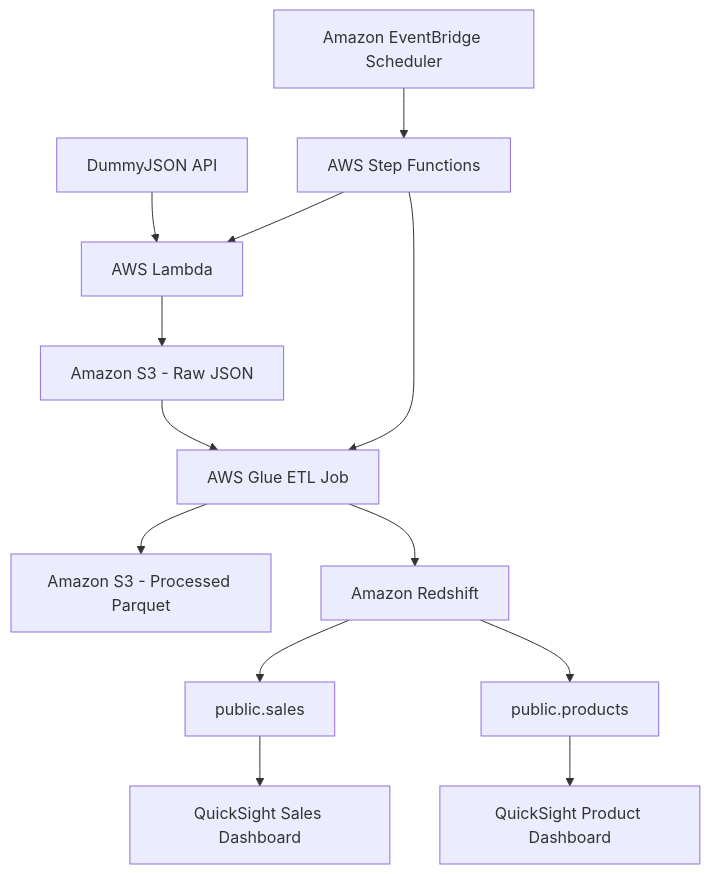
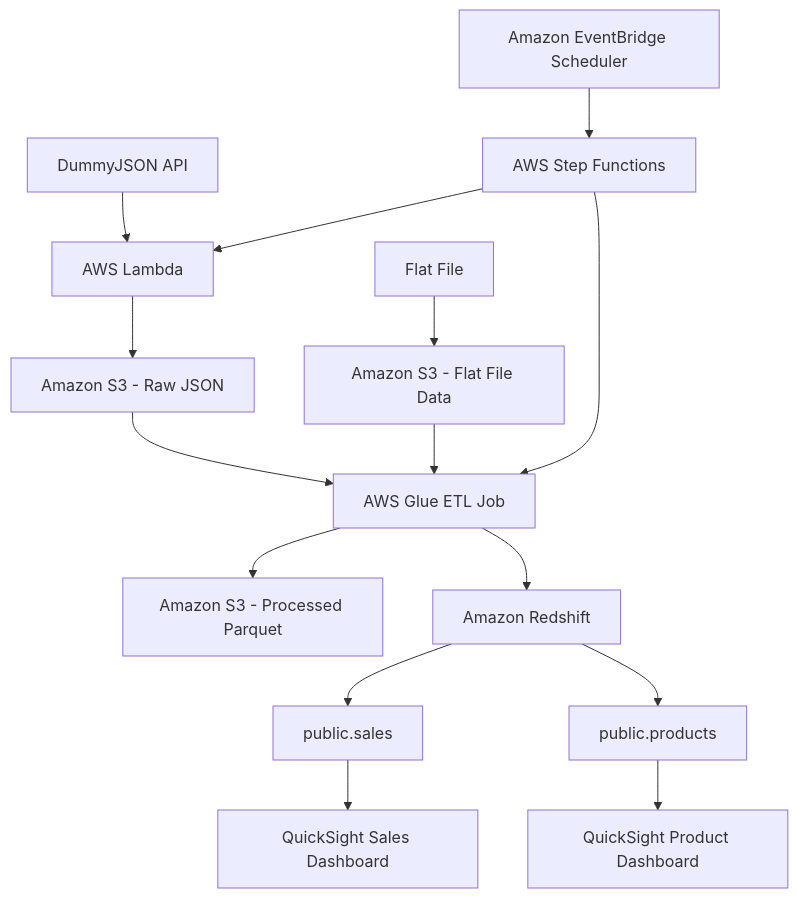
One commit to SATHYARANGARAJ53/Retail_Sales_ETL_Pipeline_Using_AWS changed the diagram in README.md. Above: the diagram before and after it, drawn with Mermaid. The commit also changed other lines of this file, not shown here.

````diff
--- a/README.md
+++ b/README.md
@@ -26,16 +28,23 @@
 ```mermaid
 flowchart TD
     A["DummyJSON API"] --> B["AWS Lambda"]
     B --> C["Amazon S3 - Raw JSON"]
-    C --> D["AWS Glue ETL Job"]
-    D --> E["Amazon S3 - Processed Parquet"]
-    D --> F["Amazon Redshift"]
-    F --> G["public.sales"]
-    F --> H["public.products"]
-    G --> I["QuickSight Sales Dashboard"]
-    H --> J["QuickSight Product Dashboard"]
 
-    K["Amazon EventBridge Scheduler"] --> L["AWS Step Functions"]
-    L --> B
-    L --> D
+    D["Flat File"] --> E["Amazon S3 - Flat File Data"]
+
+    C --> F["AWS Glue ETL Job"]
+    E --> F
+
+    F --> G["Amazon S3 - Processed Parquet"]
+    F --> H["Amazon Redshift"]
+
+    H --> I["public.sales"]
+    H --> J["public.products"]
+
+    I --> K["QuickSight Sales Dashboard"]
+    J --> L["QuickSight Product Dashboard"]
+
+    M["Amazon EventBridge Scheduler"] --> N["AWS Step Functions"]
+    N --> B
+    N --> F
 ```
````
